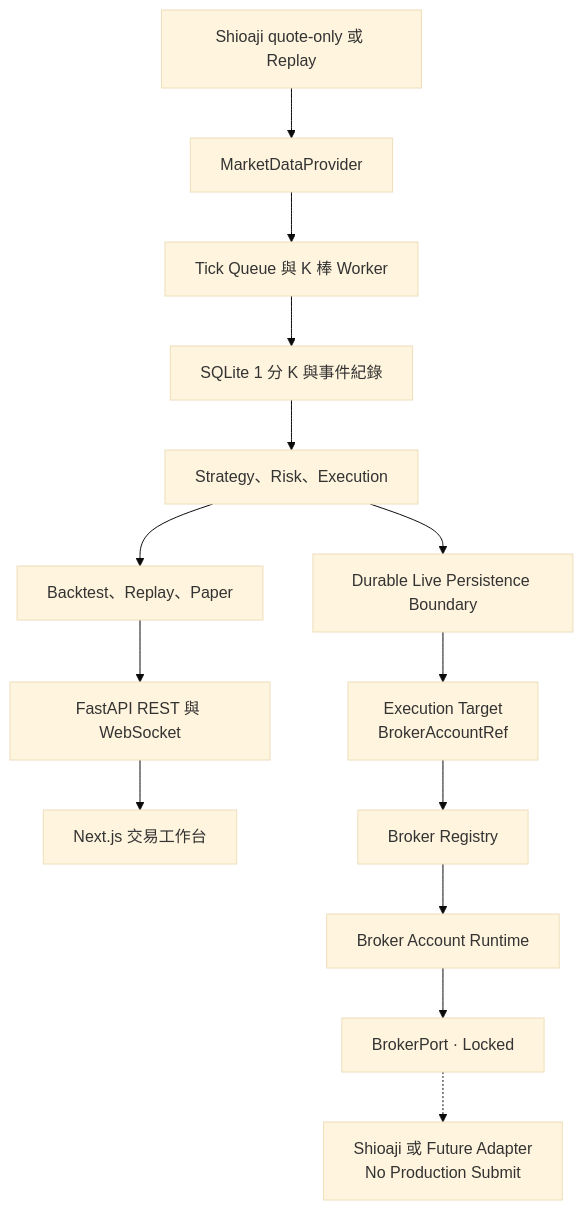
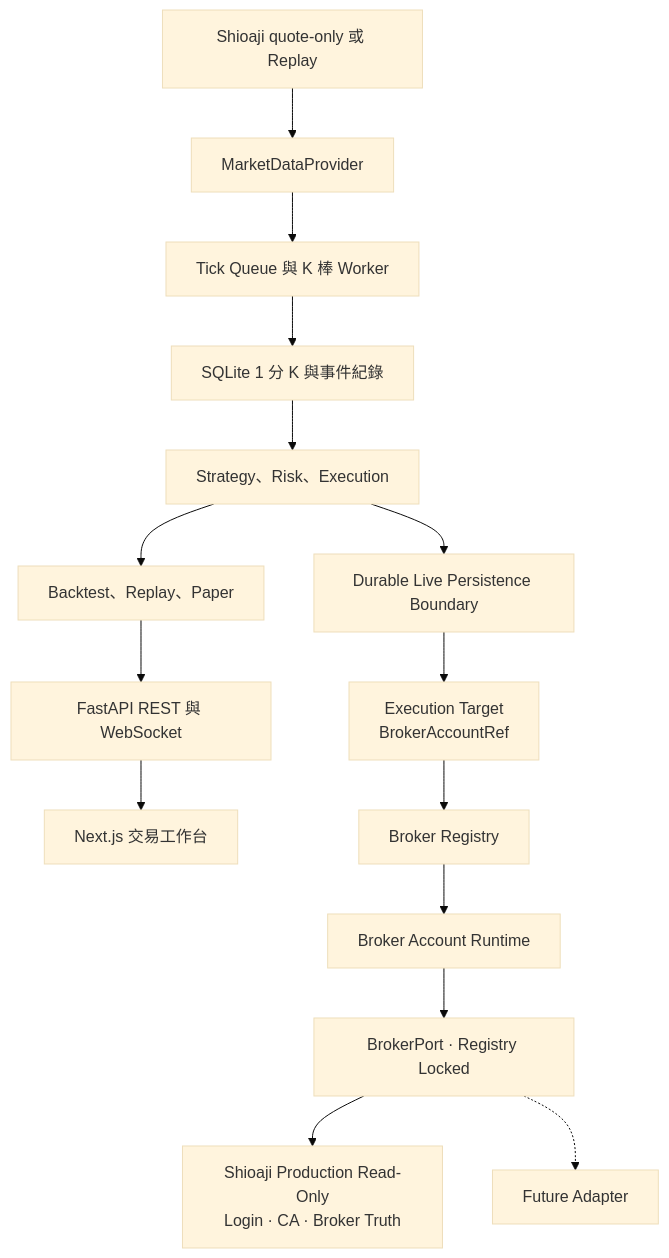
The first of 3 diagrams in README.md (3pwei/codex-tw-quant-trading-system), drawn with Mermaid (base theme) before and after one commit. The commit also changed other lines of this file and 16 other files, not shown here.

Commit message:
feat: add Shioaji production read-only broker adapter

````diff
--- a/README.md
+++ b/README.md
@@ -30,16 +31,17 @@
 ```mermaid
 flowchart TD
     A["Shioaji quote-only 或 Replay"] --> B["MarketDataProvider"]
     B --> C["Tick Queue 與 K 棒 Worker"]
     C --> D["SQLite 1 分 K 與事件紀錄"]
     D --> E["Strategy、Risk、Execution"]
     E --> F["Backtest、Replay、Paper"]
     F --> G["FastAPI REST 與 WebSocket"]
     G --> H["Next.js 交易工作台"]
     E --> I["Durable Live Persistence Boundary"]
     I --> J["Execution Target<br/>BrokerAccountRef"]
     J --> K["Broker Registry"]
     K --> L["Broker Account Runtime"]
-    L --> M["BrokerPort · Locked"]
-    M -.-> N["Shioaji 或 Future Adapter<br/>No Production Submit"]
+    L --> M["BrokerPort · Registry Locked"]
+    M --> N["Shioaji Production Read-Only<br/>Login · CA · Broker Truth"]
+    M -.-> O["Future Adapter"]
 ```
````
